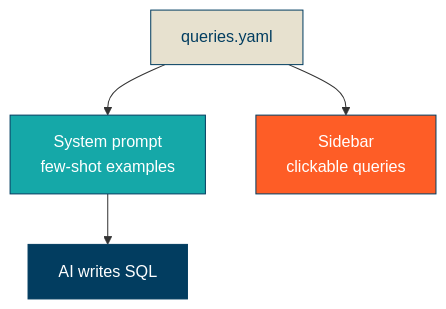
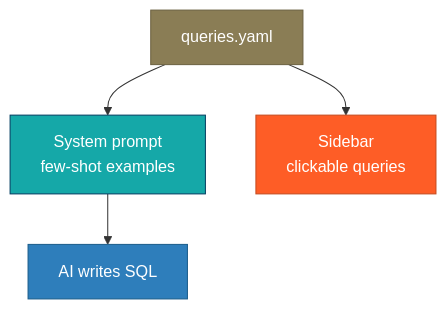
One commit to dsgrid/datasight changed the diagram in docs/dataset-developer/example-queries.md. Above: the diagram before and after it, drawn with Mermaid. The commit also changed 9 other files, not shown here.

````diff
--- a/docs/dataset-developer/example-queries.md
+++ b/docs/dataset-developer/example-queries.md
@@ -8,11 +8,11 @@
 ```mermaid
 flowchart TD
     A[queries.yaml] --> B[System prompt<br>few-shot examples]
     A --> C[Sidebar<br>clickable queries]
     B --> D[AI writes SQL]
 
-    style A fill:#e7e1cf,stroke:#023d60,color:#023d60
+    style A fill:#8a7d55,stroke:#6b6040,color:#fff
     style B fill:#15a8a8,stroke:#023d60,color:#fff
-    style C fill:#fe5d26,stroke:#023d60,color:#fff
-    style D fill:#023d60,stroke:#023d60,color:#fff
+    style C fill:#fe5d26,stroke:#c44a1e,color:#fff
+    style D fill:#2e7ebb,stroke:#1a5c8a,color:#fff
 ```
````
